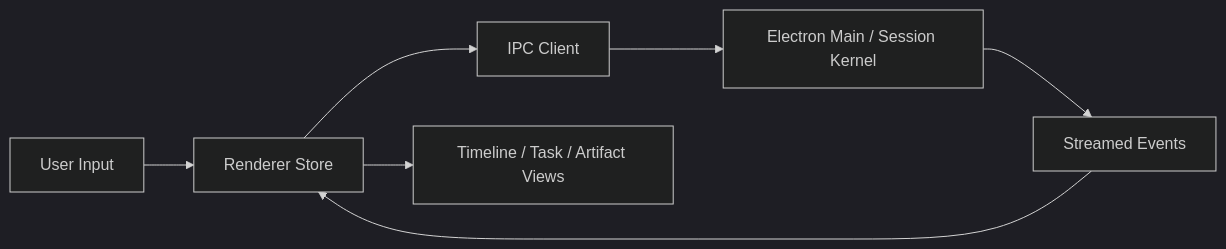
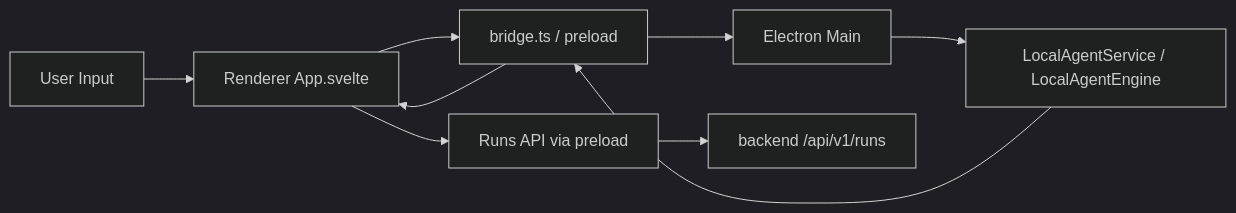
One commit to needitem/pixllm changed the diagram in docs/02-design/프론트엔드_상세_설계.md. Above: the diagram before and after it, drawn with Mermaid (dark theme). The commit also changed other lines of this file and 64 other files, not shown here.

Commit message:
Refactor desktop query runtime and align evidence flow

````diff
--- a/docs/02-design/프론트엔드_상세_설계.md
+++ b/docs/02-design/프론트엔드_상세_설계.md
@@ -43,9 +39,11 @@
 ```mermaid
 flowchart LR
-    A["User Input"] --> B["Renderer Store"]
-    B --> C["IPC Client"]
-    C --> D["Electron Main / Session Kernel"]
-    D --> E["Streamed Events"]
-    E --> B
-    B --> F["Timeline / Task / Artifact Views"]
+    A["User Input"] --> B["Renderer App.svelte"]
+    B --> C["bridge.ts / preload"]
+    C --> D["Electron Main"]
+    D --> E["LocalAgentService / LocalAgentEngine"]
+    E --> C
+    C --> B
+    B --> F["Runs API via preload"]
+    F --> G["backend /api/v1/runs"]
 ```
````
